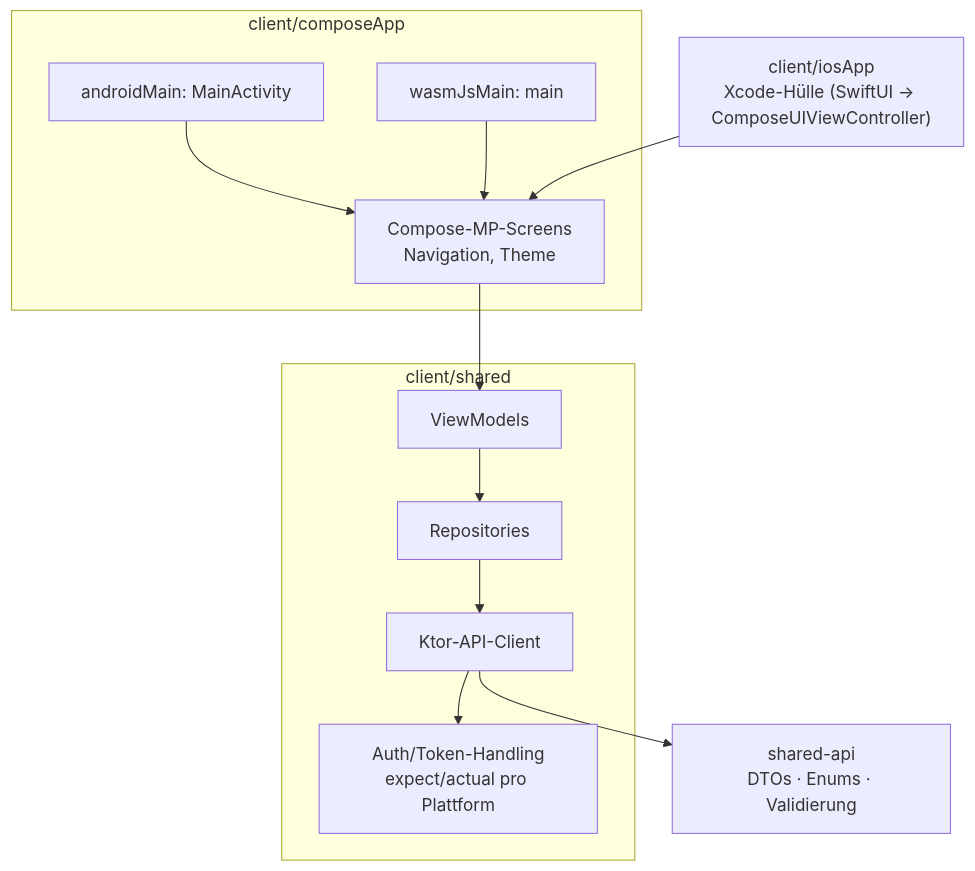
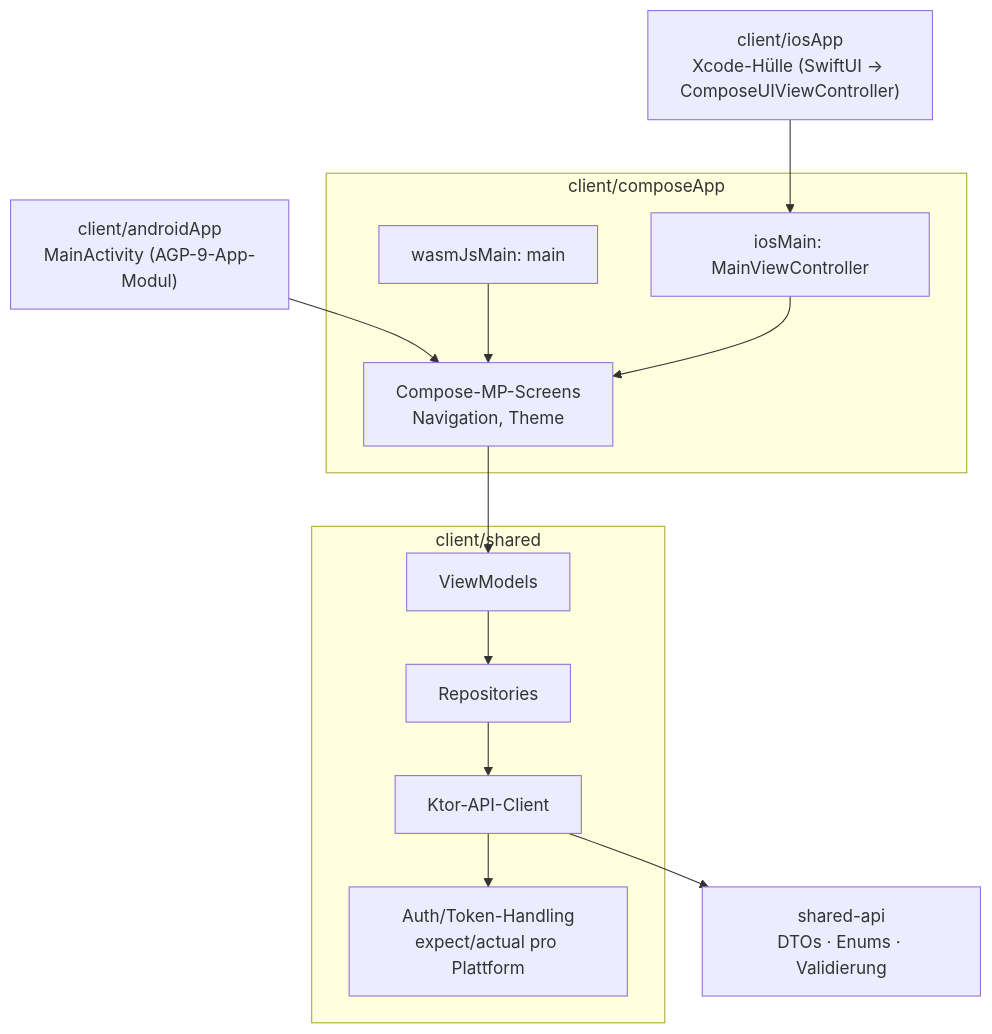
One commit to tlandsberger/judo-portal changed the second of 2 diagrams in docs/ARCHITECTURE.md. Above: the diagram before and after it, drawn with Mermaid. The commit also changed other lines of this file and 39 other files, not shown here.

````diff
--- a/docs/ARCHITECTURE.md
+++ b/docs/ARCHITECTURE.md
@@ -108,22 +108,23 @@
 ```mermaid
 flowchart TB
     subgraph composeApp["client/composeApp"]
         UI[Compose-MP-Screens<br/>Navigation, Theme]
-        EA[androidMain: MainActivity]
         EW[wasmJsMain: main]
+        EI[iosMain: MainViewController]
     end
+    EA["client/androidApp<br/>MainActivity (AGP-9-App-Modul)"]
     iOS["client/iosApp<br/>Xcode-Hülle (SwiftUI → ComposeUIViewController)"]
     subgraph shared["client/shared"]
         VM[ViewModels]
         REPO[Repositories]
         API[Ktor-API-Client]
         AUTH[Auth/Token-Handling<br/>expect/actual pro Plattform]
     end
     SA["shared-api<br/>DTOs · Enums · Validierung"]
 
     UI --> VM --> REPO --> API --> SA
     API --> AUTH
     EA --> UI
     EW --> UI
-    iOS --> UI
+    iOS --> EI --> UI
 ```
````
